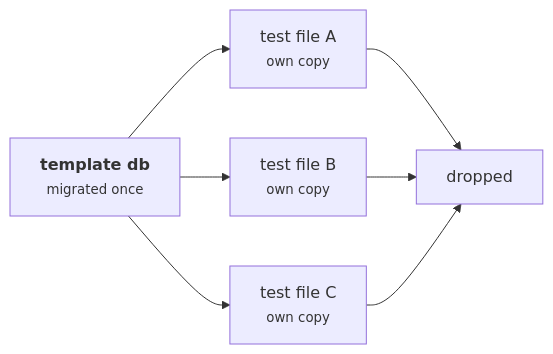
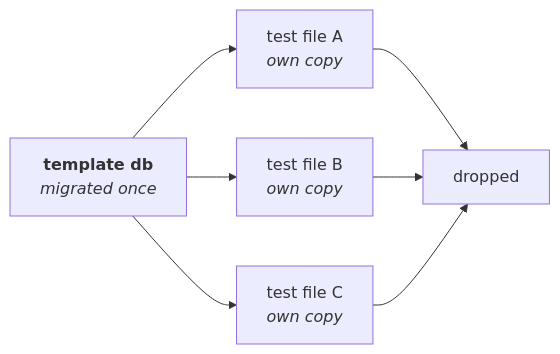
One commit to VoltLightning/waltning changed the second of 4 diagrams in docs/wiki/Getting-Started.md. Above: the diagram before and after it, drawn with Mermaid. The commit also changed other lines of this file and 15 other files, not shown here.

````diff
--- a/docs/wiki/Getting-Started.md
+++ b/docs/wiki/Getting-Started.md
@@ -60,9 +60,9 @@
 ```mermaid
 graph LR
-    T["<b>template db</b><br/><small>migrated once</small>"] --> A["test file A<br/><small>own copy</small>"]
-    T --> B["test file B<br/><small>own copy</small>"]
-    T --> C["test file C<br/><small>own copy</small>"]
+    T["<b>template db</b><br/><i>migrated once</i>"] --> A["test file A<br/><i>own copy</i>"]
+    T --> B["test file B<br/><i>own copy</i>"]
+    T --> C["test file C<br/><i>own copy</i>"]
     A --> X["dropped"]
     B --> X
     C --> X
 ```
````
